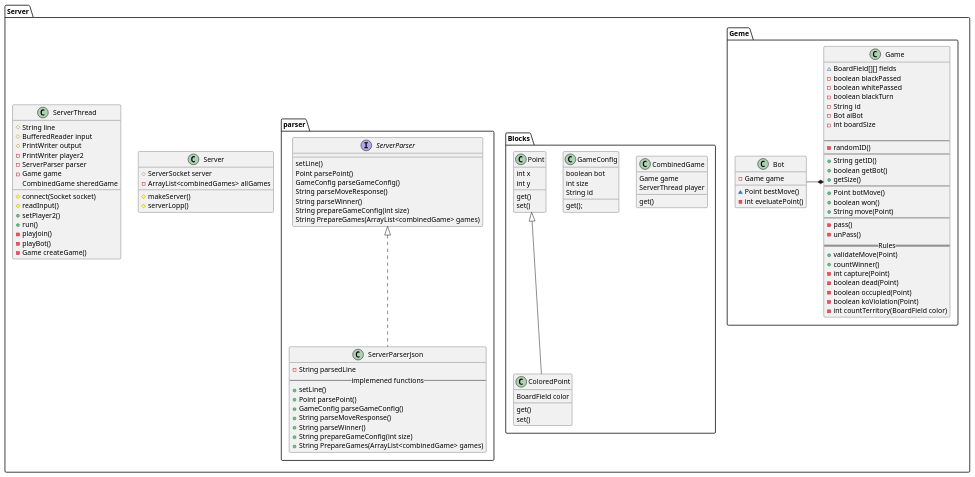
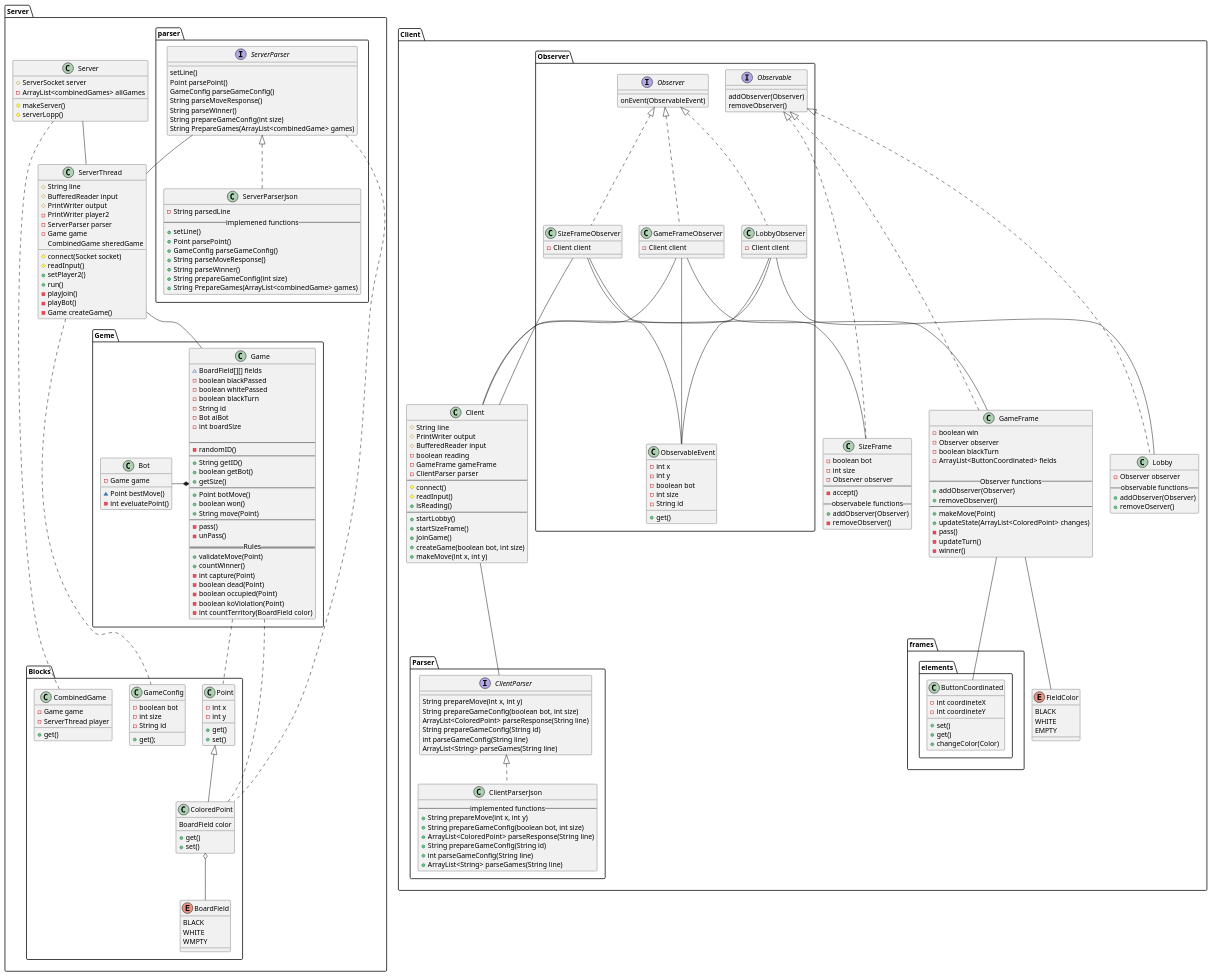
The diagram in uml/class.puml (buczekxpompa/ProjektTP), drawn with PlantUML before and after one commit. The commit also changed 4 other files, not shown here.

Commit message:
class uml part 2

```diff
--- a/uml/class.puml
+++ b/uml/class.puml
@@ -63,31 +63,6 @@
         }
         Bot -* Game
     }
-    package Blocks {
-        class ColoredPoint {
-            BoardField color
-            get()
-            set()
-        }
-        class CombinedGame {
-            Game game
-            ServerThread player
-            get()
-        }
-        class GameConfig {
-            boolean bot
-            int size
-            String id
-            get();
-        }
-        class Point {
-            int x
-            int y
-            get()
-            set()
-        }
-        Point <|-- ColoredPoint
-    }
     package parser {
         interface ServerParser{
             setLine()
@@ -112,6 +87,183 @@
 
         ServerParser <|..ServerParserJson
     }
+    package Blocks {
+        class ColoredPoint {
+            BoardField color
+            +get()
+            +set()
+        }
+        enum BoardField {
+            BLACK
+            WHITE
+            WMPTY
+        }
+        class CombinedGame {
+            -Game game
+            -ServerThread player
+            +get()
+        }
+        class GameConfig {
+            -boolean bot
+            -int size
+            -String id
+            +get();
+        }
+        class Point {
+            -int x
+            -int y
+            +get()
+            +set()
+        }
+        Point <|-- ColoredPoint
+    }
+
+    ServerParser -- ServerThread
+    Server -- ServerThread
+    ServerThread -- Game
+    Game .. Point
+    ServerParser .. ColoredPoint
+    Game .. ColoredPoint
+    ServerThread .. GameConfig
+    Server .. CombinedGame
+    ColoredPoint o-- BoardField
+}
+
+package Client {
+    class Client {
+        #String line
+        #PrintWriter output
+        #BufferedReader input
+        -boolean reading
+        -GameFrame gameFrame
+        -ClientParser parser
+        ---
+        #connect()
+        #readInput()
+        +isReading()
+        ---
+        +startLobby()
+        +startSizeFrame()
+        +joinGame()
+        +createGame(boolean bot, int size)
+        +makeMove(int x, int y)
+    }
+    package Parser {
+        interface ClientParser {
+            String prepareMove(int x, int y)
+            String prepareGameConfig(boolean bot, int size)
+            ArrayList<ColoredPoint> parseResponse(String line)
+            String prepareGameConfig(String id)
+            int parseGameConfig(String line)
+            ArrayList<String> parseGames(String line)
+        }
+        class ClientParserJson {
+            -- implemented functions --
+            +String prepareMove(int x, int y)
+            +String prepareGameConfig(boolean bot, int size)
+            +ArrayList<ColoredPoint> parseResponse(String line)
+            +String prepareGameConfig(String id)
+            +int parseGameConfig(String line)
+            +ArrayList<String> parseGames(String line)
+        }
+        ClientParser <|.. ClientParserJson
+    }
+    package Observer {
+        interface Observer {
+            onEvent(ObservableEvent)
+        }
+        interface Observable {
+            addObserver(Observer)
+            removeObserver()
+        }
+        class ObservableEvent {
+            -int x
+            -int y
+            -boolean bot
+            -int size
+            -String id
+
+            +get()
+        }
+        class LobbyObserver {
+            -Client client
+        }
+        class SizeFrameObserver {
+            -Client client
+        }
+        class GameFrameObserver {
+            -Client client
+        }
+        Observer <|.. GameFrameObserver
+        Observer <|.. LobbyObserver
+        Observer <|.. SizeFrameObserver
+        SizeFrameObserver -- ObservableEvent
+        GameFrameObserver -- ObservableEvent
+        LobbyObserver -- ObservableEvent
+    }
+    package frames {
+        package elements {
+            class ButtonCoordinated {
+                -int coordineteX
+                -int coordineteY
+
+                +set()
+                +get()
+                +changeColor(Color)
+            }
+            }
+        }
+        class GameFrame {
+            -boolean win
+            -Observer observer
+            -boolean blackTurn
+            -ArrayList<ButtonCoordinated> fields
+
+            -- Observer functions --
+            +addObserver(Observer)
+            +removeObserver()
+            ---
+            +makeMove(Point)
+            +updateState(ArrayList<ColoredPoint> changes)
+            -pass()
+            -updateTurn()
+            -winner()
+        }
+        class Lobby {
+            -Observer observer
+            -- observable functions --
+            +addObserver(Observer)
+            +removeOserver()
+        }
+        class SizeFrame {
+            -boolean bot
+            -int size
+            -Observer observer
+            ---
+            -accept()
+            -- observabele functions --
+            +addObserver(Observer)
+            -removeObserver()
+        }
+            enum FieldColor {
+                BLACK
+                WHITE
+                EMPTY
+    }
+
+    Observable <|.. Lobby
+    Observable <|.. GameFrame
+    Observable <|.. SizeFrame
+    LobbyObserver -- Lobby
+    LobbyObserver -- Client
+    SizeFrameObserver -- SizeFrame
+    SizeFrameObserver -- Client
+    GameFrameObserver -- GameFrame
+    GameFrameObserver -- Client
+    Client -- ClientParser
+    GameFrame -- FieldColor
+    GameFrame -- ButtonCoordinated
+
 }
 
 @enduml
```
